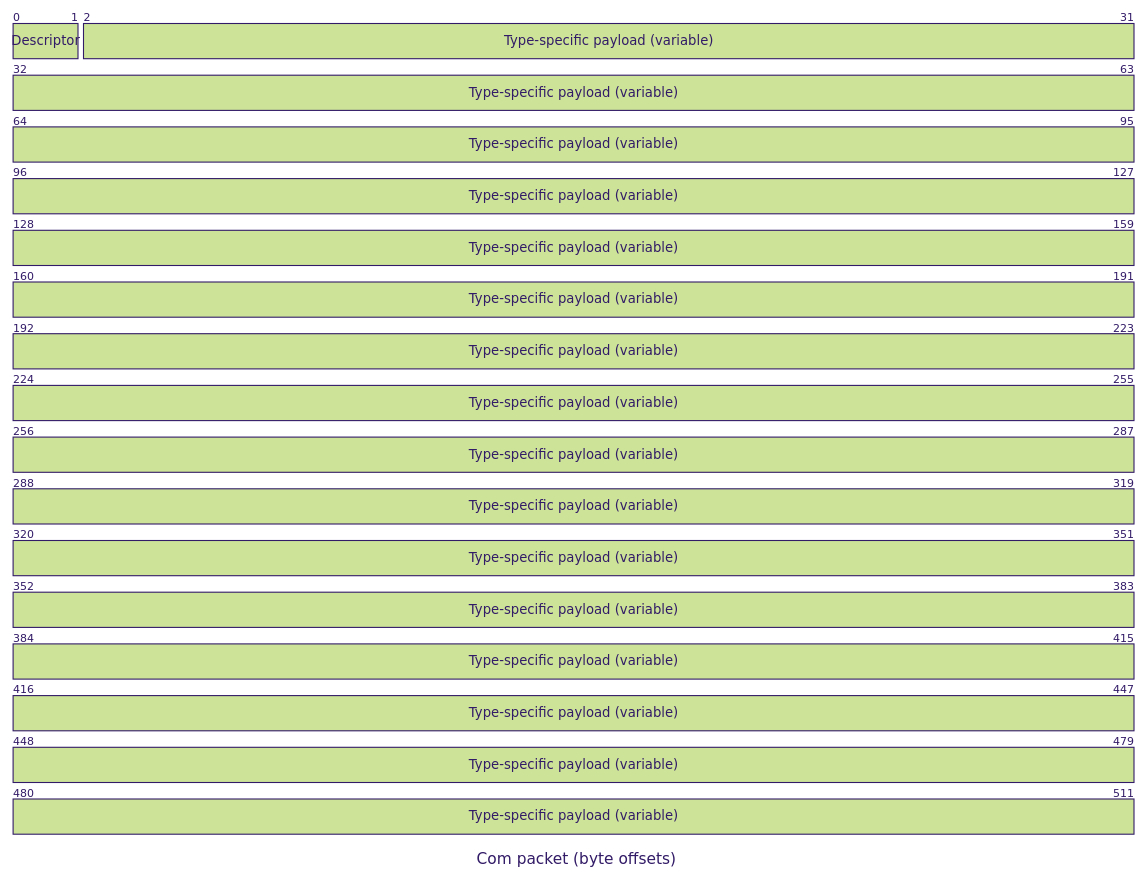
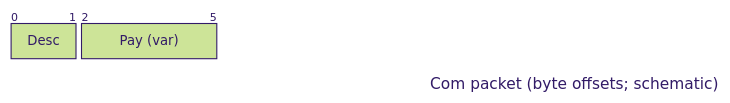
Diagram 11 of 21 in docs/reference/flight-ground-interface.md (JPL-Devin/fprime), drawn with Mermaid (forest theme) before and after one commit. The commit also changed other lines of this file, not shown here.

Commit message:
docs: compact Mermaid packet labels

````diff
--- a/docs/reference/flight-ground-interface.md
+++ b/docs/reference/flight-ground-interface.md
@@ -463,6 +463,6 @@
 ```mermaid
 packet-beta
-title Com packet (byte offsets)
-0-1: "Descriptor"
-2-511: "Type-specific payload (variable)"
+title Com packet (byte offsets; schematic)
+0-1: "Desc"
+2-5: "Pay (var)"
 ```
````
